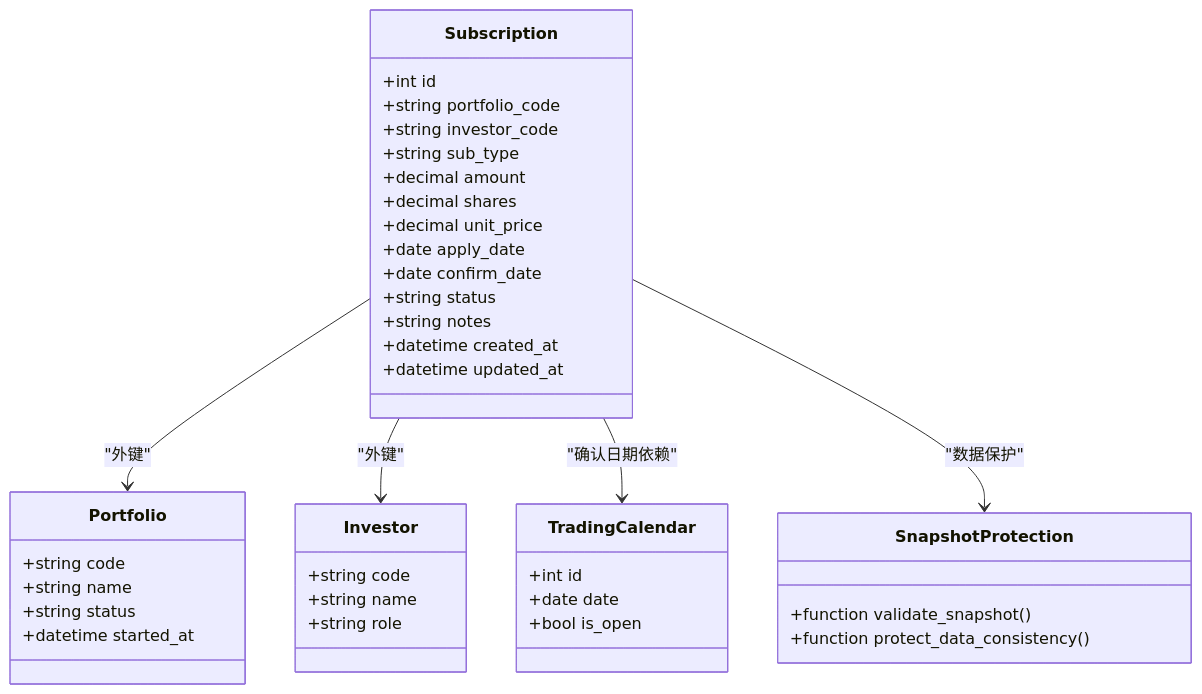
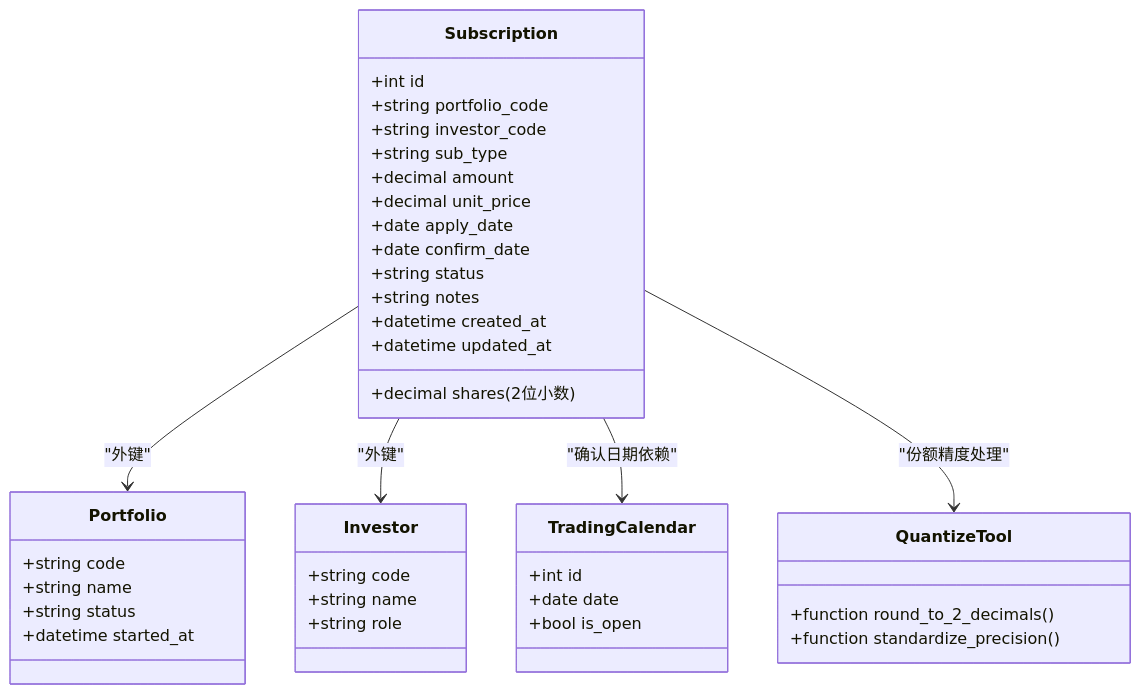
One commit to gujialind/InvestRing changed the third of 7 diagrams in .qoder/repowiki/zh/content/核心业务功能/订阅管理.md. Above: the diagram before and after it, drawn with Mermaid. The commit also changed other lines of this file and 19 other files, not shown here.

````diff
--- a/.qoder/repowiki/zh/content/核心业务功能/订阅管理.md
+++ b/.qoder/repowiki/zh/content/核心业务功能/订阅管理.md
@@ -191,42 +201,42 @@
 ```mermaid
 classDiagram
 class Subscription {
 +int id
 +string portfolio_code
 +string investor_code
 +string sub_type
 +decimal amount
-+decimal shares
++decimal shares (2位小数)
 +decimal unit_price
 +date apply_date
 +date confirm_date
 +string status
 +string notes
 +datetime created_at
 +datetime updated_at
 }
 class Portfolio {
 +string code
 +string name
 +string status
 +datetime started_at
 }
 class Investor {
 +string code
 +string name
 +string role
 }
 class TradingCalendar {
 +int id
 +date date
 +bool is_open
 }
-class SnapshotProtection {
-+function validate_snapshot()
-+function protect_data_consistency()
+class QuantizeTool {
++function round_to_2_decimals()
++function standardize_precision()
 }
 Subscription --> Portfolio : "外键"
 Subscription --> Investor : "外键"
 Subscription --> TradingCalendar : "确认日期依赖"
-Subscription --> SnapshotProtection : "数据保护"
+Subscription --> QuantizeTool : "份额精度处理"
 ```
````
